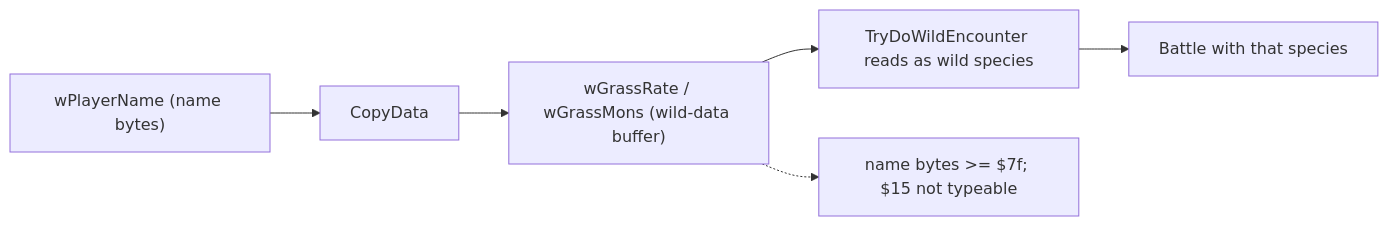
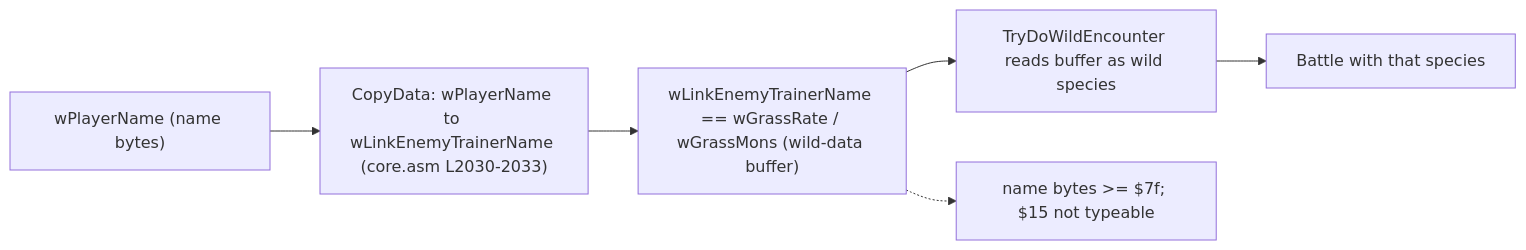
One commit to Blitzy-Sandbox/pokered changed the diagram in docs/mew-acquisition/methods/mf-2-cinnabar-name-buffer.md. Above: the diagram before and after it, drawn with Mermaid. The commit also changed other lines of this file and 5 other files, not shown here.

````diff
--- a/docs/mew-acquisition/methods/mf-2-cinnabar-name-buffer.md
+++ b/docs/mew-acquisition/methods/mf-2-cinnabar-name-buffer.md
@@ -62,8 +73,8 @@
 ```mermaid
 flowchart LR
-    NAME["wPlayerName (name bytes)"] --> COPY["CopyData"]
-    COPY --> BUF["wGrassRate / wGrassMons (wild-data buffer)"]
-    BUF --> READ["TryDoWildEncounter reads as wild species"]
+    NAME["wPlayerName (name bytes)"] --> COPY["CopyData: wPlayerName to wLinkEnemyTrainerName (core.asm L2030-2033)"]
+    COPY --> BUF["wLinkEnemyTrainerName == wGrassRate / wGrassMons (wild-data buffer)"]
+    BUF --> READ["TryDoWildEncounter reads buffer as wild species"]
     READ --> BATTLE["Battle with that species"]
     BUF -.-> NOTE["name bytes >= $7f; $15 not typeable"]
 ```
````
